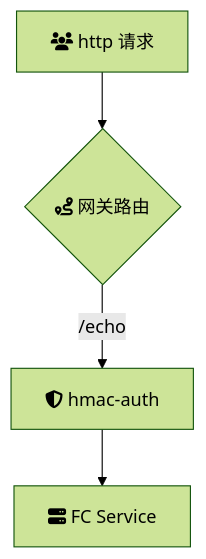
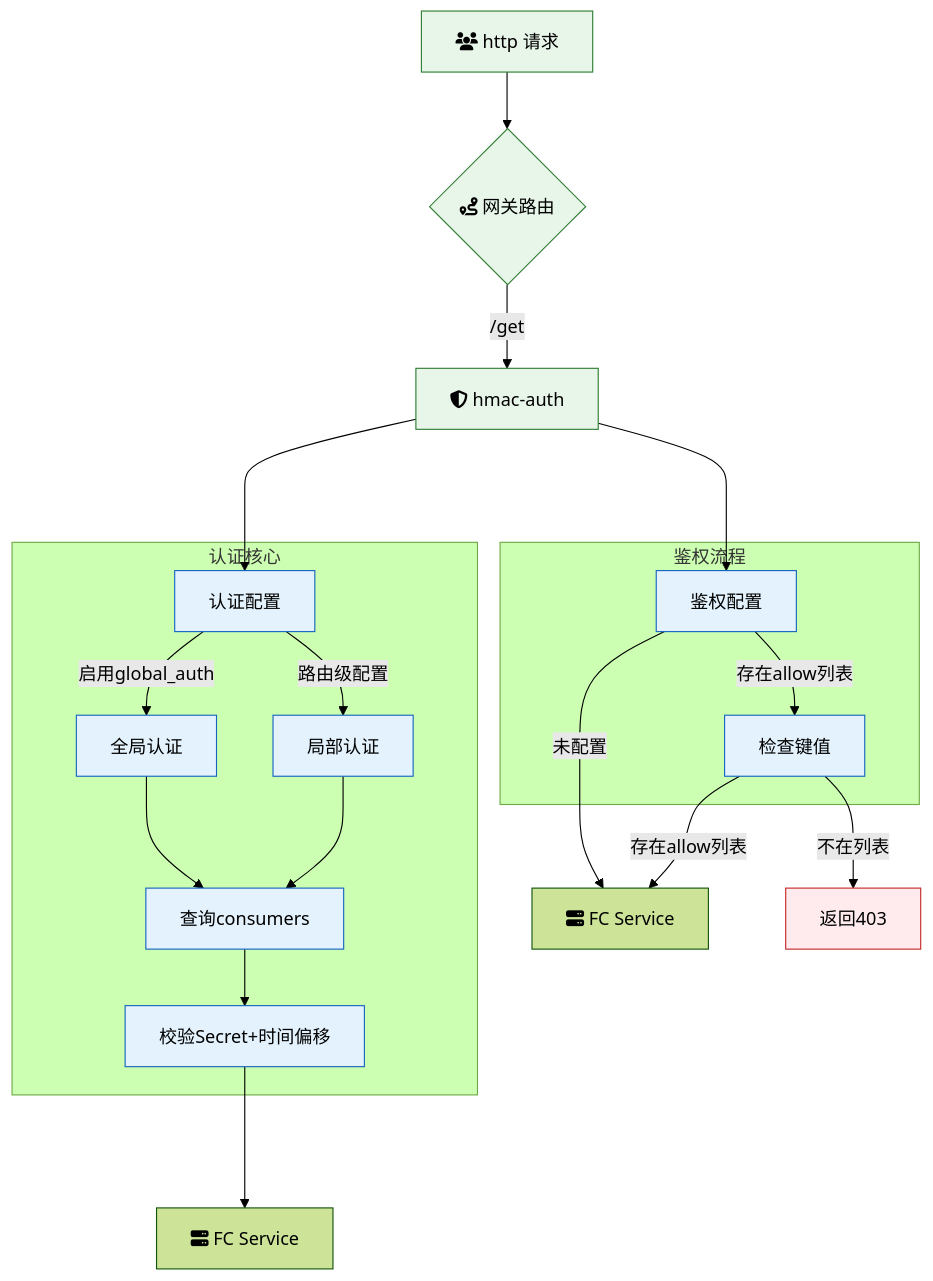
One commit to msa-group/start-apig changed the diagram in [WIP]hmac-auth-plugin/README.md. Above: the diagram before and after it, drawn with Mermaid (forest theme). The commit also changed other lines of this file and 8 other files, not shown here.

````diff
--- a/[WIP]hmac-auth-plugin/README.md
+++ b/[WIP]hmac-auth-plugin/README.md
@@ -31,6 +31,33 @@
 ```mermaid
 flowchart TB
 A[fa:fa-users http 请求] --> B{fa:fa-route 网关路由}
-	B -->|/echo| P1[fa:fa-shield-alt hmac-auth]
-	P1 --> Backend[fa:fa-server FC Service]
+B -->|/get| C[fa:fa-shield-alt hmac-auth]
+C ---> D[认证配置]
+C ---> F[鉴权配置]
+
+
+subgraph 认证核心
+D -->|启用global_auth| C1[全局认证]
+D -->|路由级配置| C2[局部认证]
+C1 & C2 --> C3[查询consumers]
+C3 --> C4[校验Secret+时间偏移]
+end
+
+subgraph 鉴权流程
+  F -->|存在allow列表| E[检查键值]
+end
+
+F -->|未配置| G[fa:fa-server FC Service]
+E -->|存在allow列表| G[fa:fa-server FC Service]
+E -->|不在列表| H[返回403]
+C4 ---> Backend[fa:fa-server FC Service]
+
+
+classDef green fill:#e8f5e9,stroke:#2e7d32
+classDef red fill:#ffebee,stroke:#c62828
+classDef blue fill:#e3f2fd,stroke:#1565c0
+
+class A,B,C green
+class D,F,C1,C2,C3,C4,F,E blue
+class H red
 ```
````
